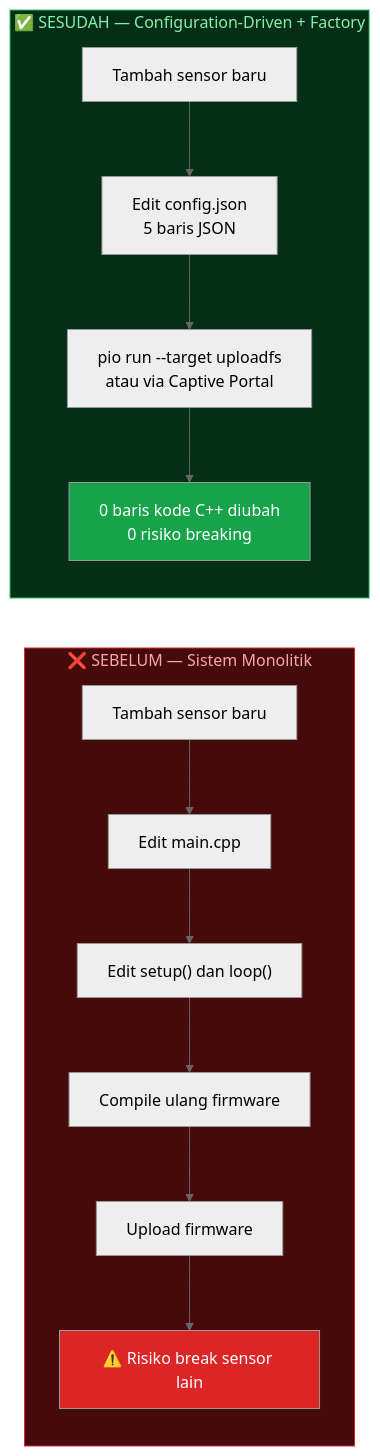
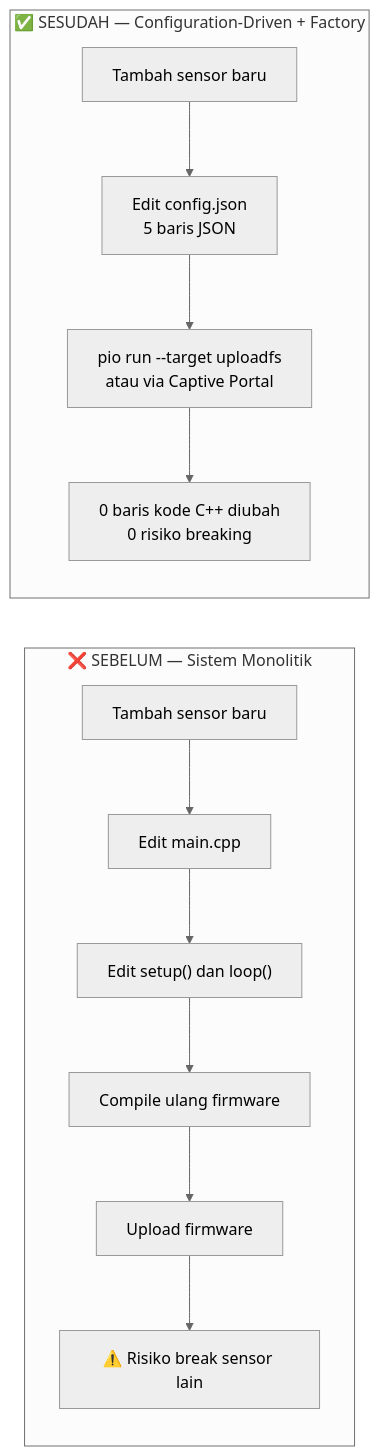
Before and after one commit to Rezen351/enyx-enterprise: the fifth of 5 diagrams in docs/firmware.md, drawn with Mermaid (neutral theme). The commit also changed other lines of this file and 26 other files, not shown here.

````diff
--- a/docs/firmware.md
+++ b/docs/firmware.md
@@ -1366,27 +491,9 @@
 ```mermaid
 flowchart LR
     subgraph BEFORE["❌ SEBELUM — Sistem Monolitik"]
-        direction TB
-        B1["Tambah sensor baru"]
-        B2["Edit main.cpp"]
-        B3["Edit setup() dan loop()"]
-        B4["Compile ulang firmware"]
-        B5["Upload firmware"]
-        B6["⚠️ Risiko break sensor lain"]
-        B1 --> B2 --> B3 --> B4 --> B5 --> B6
+        B1["Tambah sensor baru"] --> B2["Edit main.cpp"] --> B3["Edit setup() dan loop()"] --> B4["Compile ulang firmware"] --> B5["Upload firmware"] --> B6["⚠️ Risiko break sensor lain"]
     end
-
     subgraph AFTER["✅ SESUDAH — Configuration-Driven + Factory"]
-        direction TB
-        A1["Tambah sensor baru"]
-        A2["Edit config.json\n5 baris JSON"]
-        A3["pio run --target uploadfs\natau via Captive Portal"]
-        A4["0 baris kode C++ diubah\n0 risiko breaking"]
-        A1 --> A2 --> A3 --> A4
+        A1["Tambah sensor baru"] --> A2["Edit config.json\n5 baris JSON"] --> A3["pio run --target uploadfs\natau via Captive Portal"] --> A4["0 baris kode C++ diubah\n0 risiko breaking"]
     end
-
-    style BEFORE fill:#450a0a,color:#fca5a5,stroke:#dc2626
-    style AFTER fill:#052e16,color:#86efac,stroke:#22c55e
-    style B6 fill:#dc2626,color:#fff
-    style A4 fill:#16a34a,color:#fff
 ```
````
